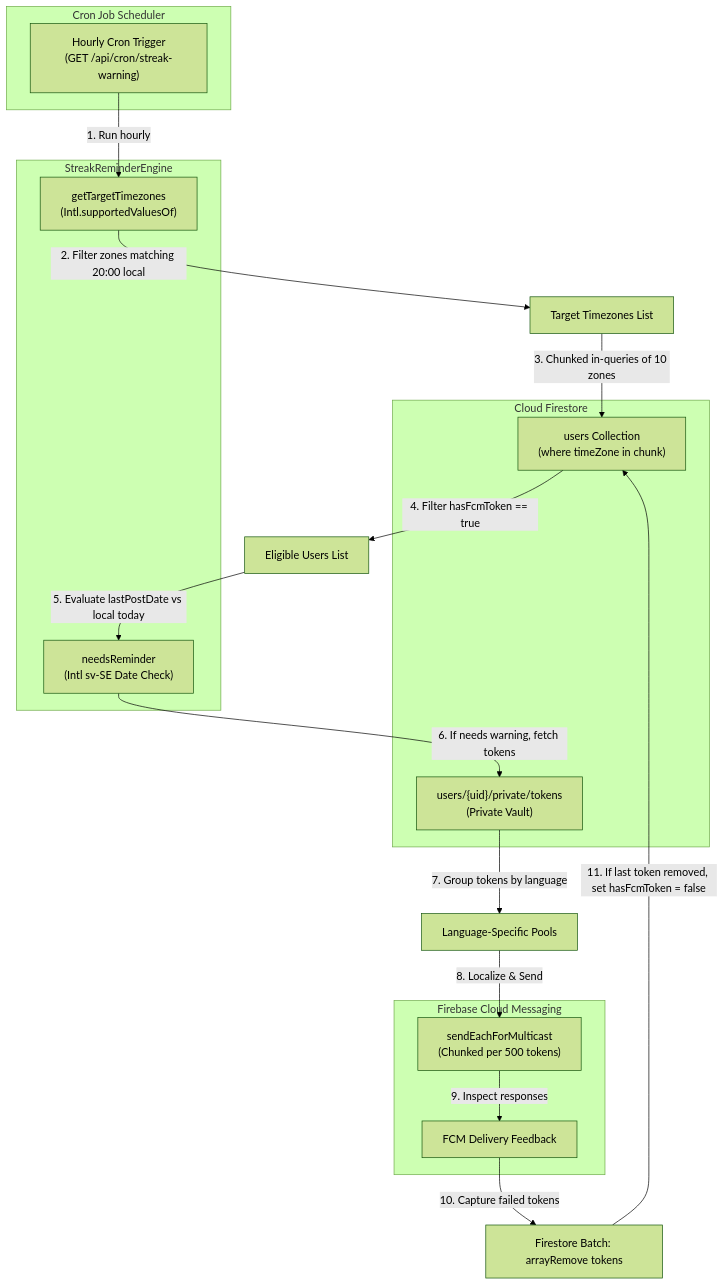
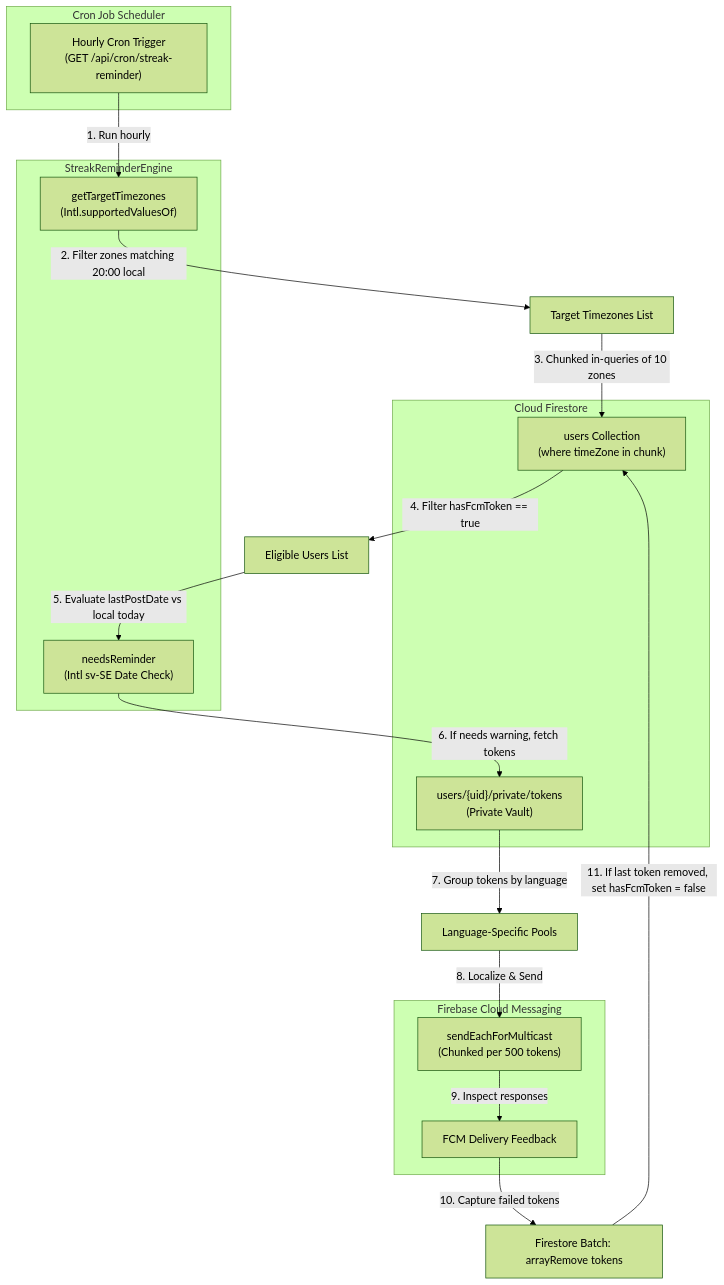
The diagram in docs/details/timezone-streak-reminders.md (ScriptureHabit/scripture-habit), drawn with Mermaid (forest theme) before and after one commit. The commit also changed other lines of this file and 10 other files, not shown here.

````diff
--- a/docs/details/timezone-streak-reminders.md
+++ b/docs/details/timezone-streak-reminders.md
@@ -12,37 +12,37 @@
 ```mermaid
 flowchart TD
     subgraph Trigger ["Cron Job Scheduler"]
-        Cron["Hourly Cron Trigger\n(GET /api/cron/streak-warning)"]
+        Cron["Hourly Cron Trigger\n(GET /api/cron/streak-reminder)"]
     end
 
     subgraph Engine ["StreakReminderEngine"]
         TZMath["getTargetTimezones\n(Intl.supportedValuesOf)"]
         TodayMath["needsReminder\n(Intl sv-SE Date Check)"]
     end
 
     subgraph Firestore ["Cloud Firestore"]
         FUsers["users Collection\n(where timeZone in chunk)"]
         FTokens["users/{uid}/private/tokens\n(Private Vault)"]
     end
 
     subgraph FCM ["Firebase Cloud Messaging"]
         Multicast["sendEachForMulticast\n(Chunked per 500 tokens)"]
         Feedback["FCM Delivery Feedback"]
     end
 
     Cron -->|1. Run hourly| TZMath
     TZMath -->|2. Filter zones matching 20:00 local| targetZones["Target Timezones List"]
     
     targetZones -->|3. Chunked in-queries of 10 zones| FUsers
     FUsers -->|4. Filter hasFcmToken == true| eligibleUsers["Eligible Users List"]
     
     eligibleUsers -->|5. Evaluate lastPostDate vs local today| TodayMath
     TodayMath -->|6. If needs warning, fetch tokens| FTokens
     FTokens -->|7. Group tokens by language| langPools["Language-Specific Pools"]
     
     langPools -->|8. Localize & Send| Multicast
     Multicast -->|9. Inspect responses| Feedback
     
     Feedback -->|10. Capture failed tokens| purgeBatch["Firestore Batch: arrayRemove tokens"]
     purgeBatch -->|11. If last token removed, set hasFcmToken = false| FUsers
 ```
````
